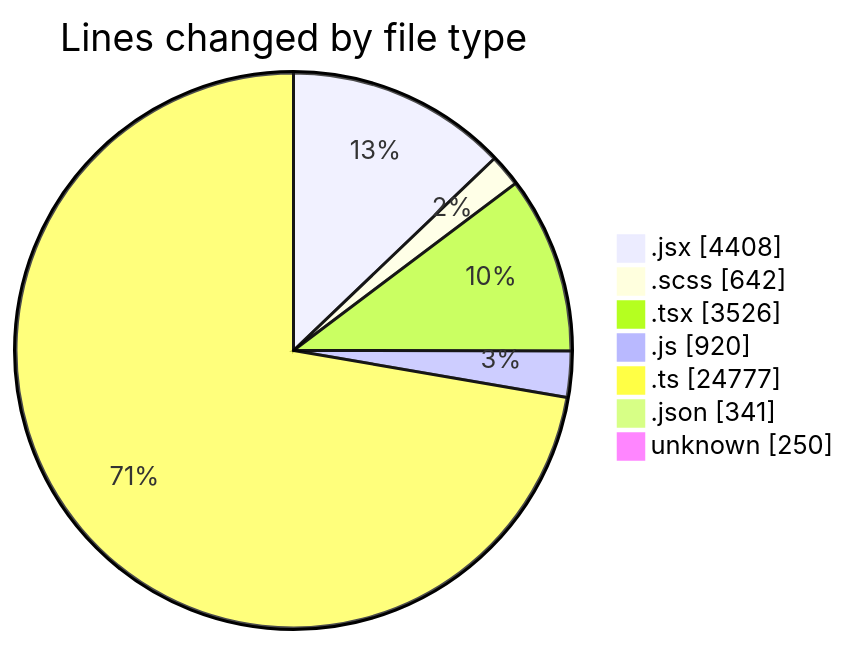
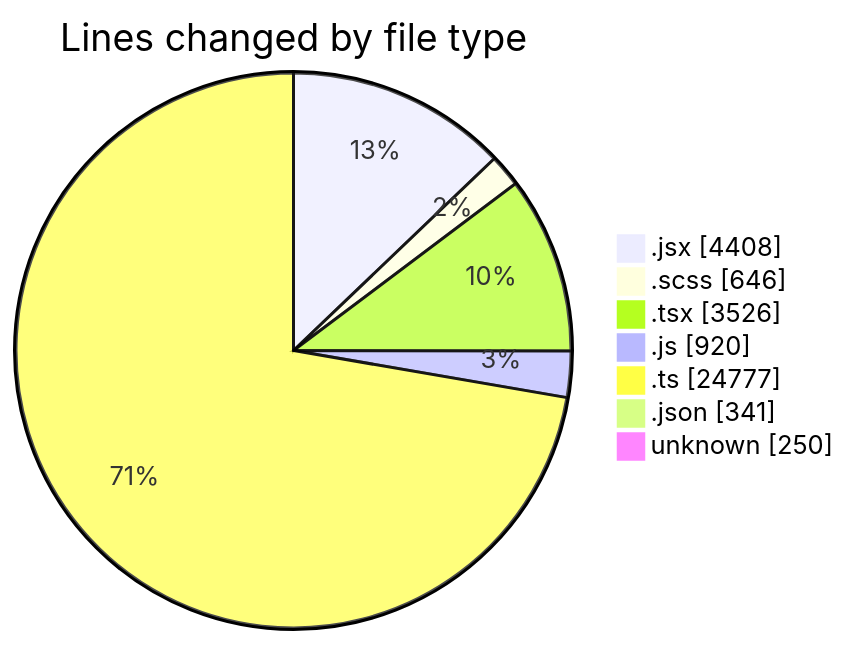
One commit to momahboobian/code-tracking changed the first of 2 diagrams in 2026-09-02/cda/README.md. Above: the diagram before and after it, drawn with Mermaid. The commit also changed other lines of this file and 1 other file, not shown here.

````diff
--- a/2026-09-02/cda/README.md
+++ b/2026-09-02/cda/README.md
@@ -78,11 +78,11 @@
 ```mermaid
 pie showData
 title Lines changed by file type
 ".jsx" : 4408
-".scss" : 642
+".scss" : 646
 ".tsx" : 3526
 ".js" : 920
 ".ts" : 24777
 ".json" : 341
 "unknown" : 250
 ```
````
